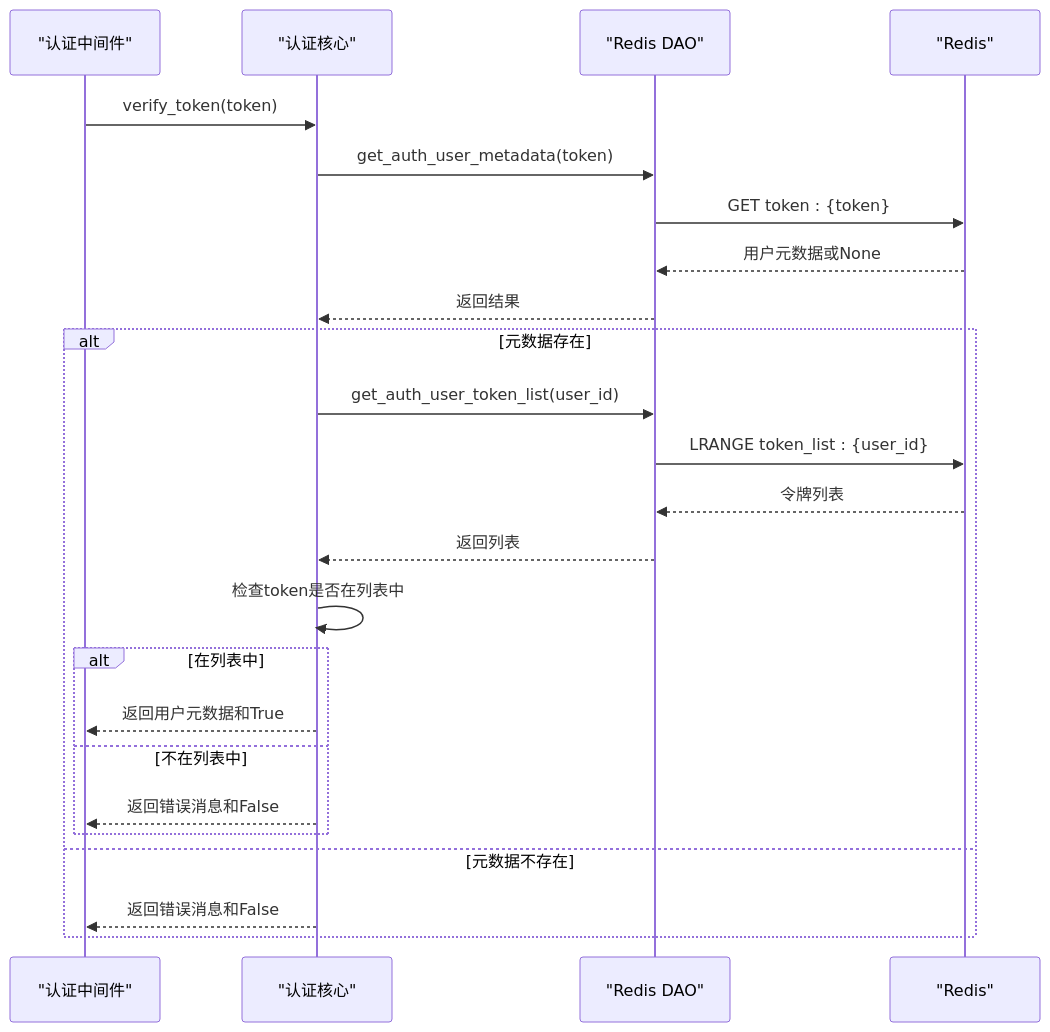
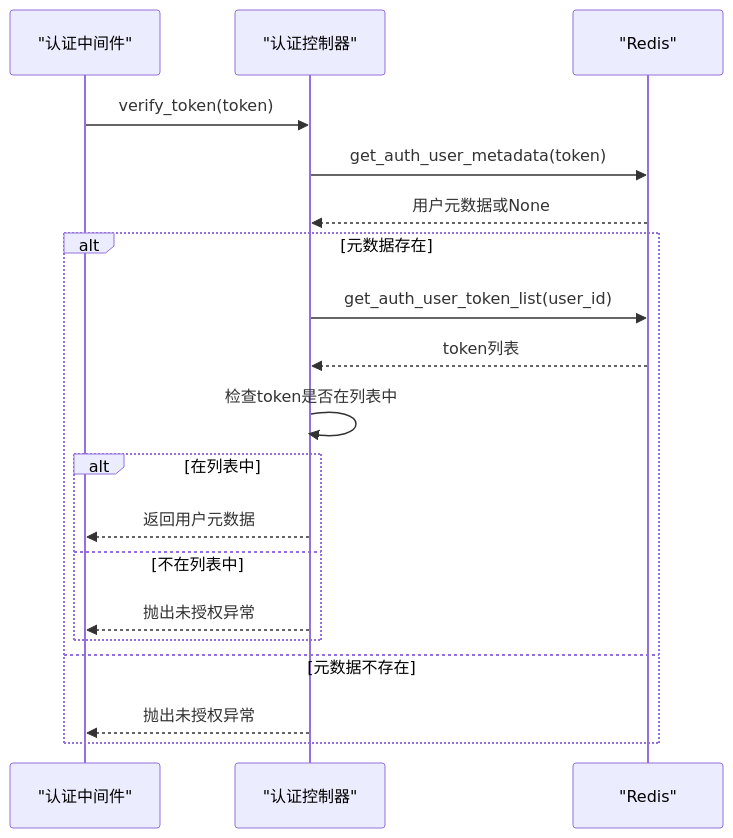
One commit to lilinzezzzzzz/fastapi-backend changed the sixth of 7 diagrams in .qoder/repowiki/zh/content/安全认证机制/JWT Token认证.md. Above: the diagram before and after it, drawn with Mermaid. The commit also changed other lines of this file and 42 other files, not shown here.

````diff
--- a/.qoder/repowiki/zh/content/安全认证机制/JWT Token认证.md
+++ b/.qoder/repowiki/zh/content/安全认证机制/JWT Token认证.md
@@ -279,26 +271,21 @@
 ```mermaid
 sequenceDiagram
 participant Middleware as "认证中间件"
-participant CoreAuth as "认证核心"
-participant RedisDAO as "Redis DAO"
+participant Controller as "认证控制器"
 participant Redis as "Redis"
-Middleware->>CoreAuth : verify_token(token)
-CoreAuth->>RedisDAO : get_auth_user_metadata(token)
-RedisDAO->>Redis : GET token : {token}
-Redis-->>RedisDAO : 用户元数据或None
-RedisDAO-->>CoreAuth : 返回结果
+Middleware->>Controller : verify_token(token)
+Controller->>Redis : get_auth_user_metadata(token)
+Redis-->>Controller : 用户元数据或None
 alt 元数据存在
-CoreAuth->>RedisDAO : get_auth_user_token_list(user_id)
-RedisDAO->>Redis : LRANGE token_list : {user_id}
-Redis-->>RedisDAO : 令牌列表
-RedisDAO-->>CoreAuth : 返回列表
-CoreAuth->>CoreAuth : 检查token是否在列表中
+Controller->>Redis : get_auth_user_token_list(user_id)
+Redis-->>Controller : token列表
+Controller->>Controller : 检查token是否在列表中
 alt 在列表中
-CoreAuth-->>Middleware : 返回用户元数据和True
+Controller-->>Middleware : 返回用户元数据
 else 不在列表中
-CoreAuth-->>Middleware : 返回错误消息和False
+Controller-->>Middleware : 抛出未授权异常
 end
 else 元数据不存在
-CoreAuth-->>Middleware : 返回错误消息和False
+Controller-->>Middleware : 抛出未授权异常
 end
 ```
````
